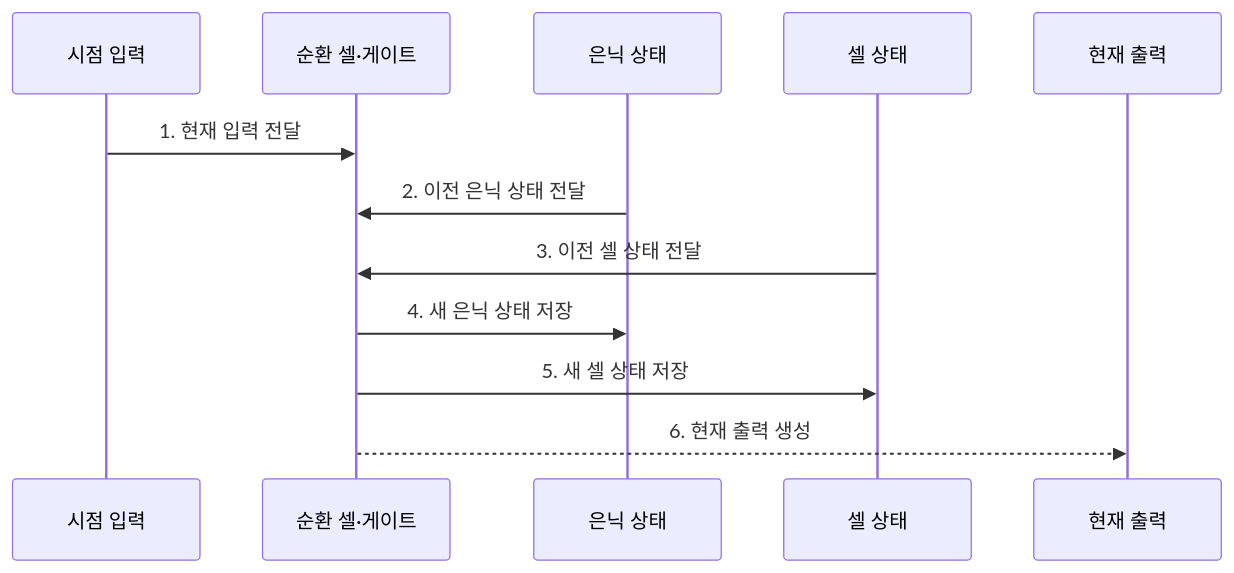
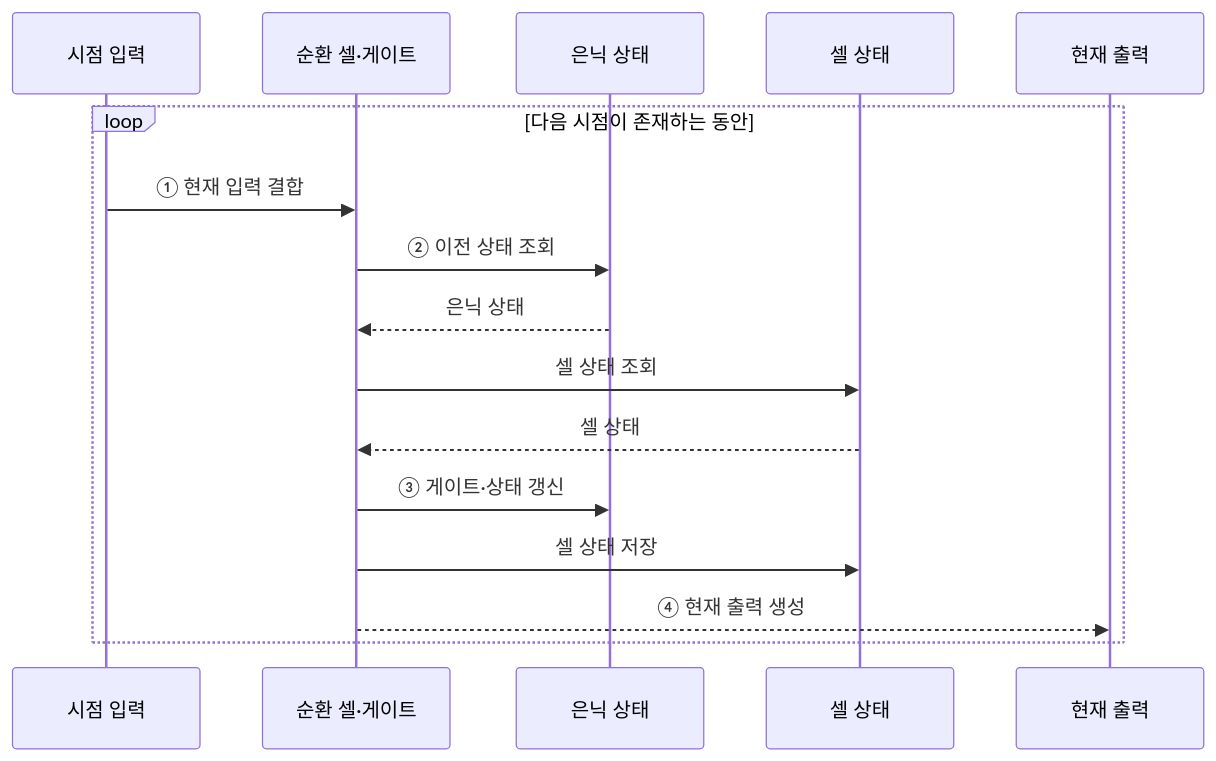
The third of 3 diagrams in src/content/docs/notes/01-basic-theory/044_rnn.md (agnusdei1207/knowledge-base), drawn with Mermaid before and after one commit. The commit also changed other lines of this file and 22 other files, not shown here.

````diff
--- a/src/content/docs/notes/01-basic-theory/044_rnn.md
+++ b/src/content/docs/notes/01-basic-theory/044_rnn.md
@@ -72,14 +90,18 @@
 ```mermaid
 sequenceDiagram
     participant X as 시점 입력
     participant R as 순환 셀·게이트
     participant H as 은닉 상태
     participant C as 셀 상태
     participant O as 현재 출력
-    X->>R: 1. 현재 입력 전달
-    H->>R: 2. 이전 은닉 상태 전달
-    C->>R: 3. 이전 셀 상태 전달
-    R->>H: 4. 새 은닉 상태 저장
-    R->>C: 5. 새 셀 상태 저장
-    R-->>O: 6. 현재 출력 생성
+    loop 다음 시점이 존재하는 동안
+        X->>R: ① 현재 입력 결합
+        R->>H: ② 이전 상태 조회
+        H-->>R: 은닉 상태
+        R->>C: 셀 상태 조회
+        C-->>R: 셀 상태
+        R->>H: ③ 게이트·상태 갱신
+        R->>C: 셀 상태 저장
+        R-->>O: ④ 현재 출력 생성
+    end
 ```
````
